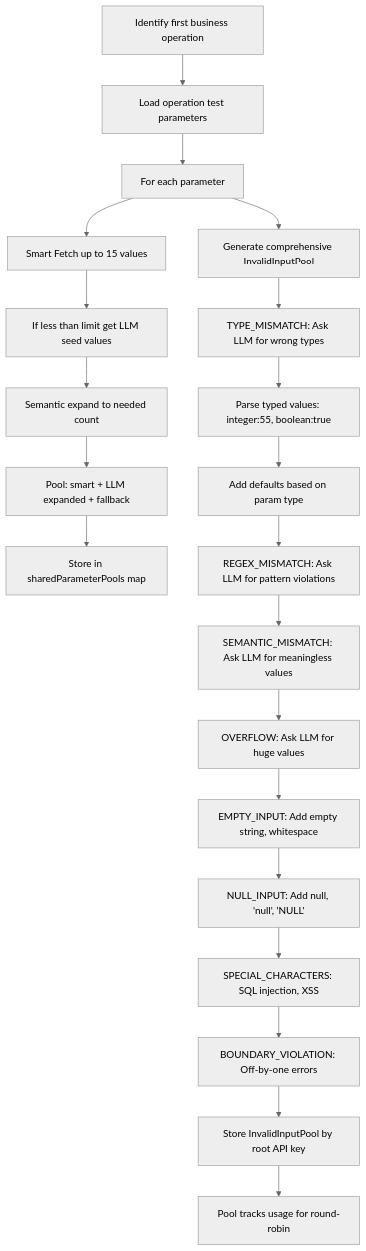
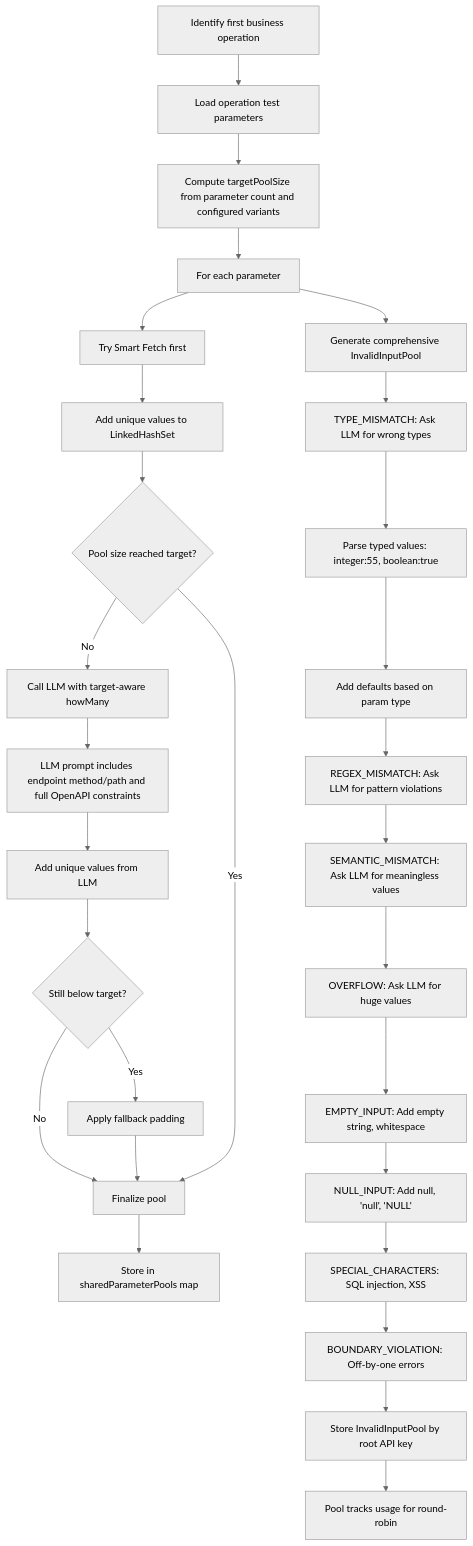
Before and after one commit to miaoti/Rest: the tenth of 23 diagrams in src/main/resources/My-Example/trainticket/flow.md, drawn with Mermaid (neutral theme). The commit also changed other lines of this file and 638 other files, not shown here.

````diff
--- a/src/main/resources/My-Example/trainticket/flow.md
+++ b/src/main/resources/My-Example/trainticket/flow.md
@@ -137,24 +497,32 @@
 ```mermaid
 flowchart TD
     A[Identify first business operation] --> B[Load operation test parameters]
-    B --> C[For each parameter]
-    C --> D[Smart Fetch up to 15 values]
-    D --> E[If less than limit get LLM seed values]
-    E --> F[Semantic expand to needed count]
-    F --> G[Pool: smart + LLM expanded + fallback]
-    G --> G1[Store in sharedParameterPools map]
+    B --> B1[Compute targetPoolSize from parameter count and configured variants]
+    B1 --> C[For each parameter]
+    C --> D[Try Smart Fetch first]
+    D --> E[Add unique values to LinkedHashSet]
+    E --> F{Pool size reached target?}
+    F -->|No| G[Call LLM with target-aware howMany]
+    G --> H[LLM prompt includes endpoint method/path and full OpenAPI constraints]
+    H --> I[Add unique values from LLM]
+    I --> J{Still below target?}
+    J -->|Yes| K[Apply fallback padding]
+    J -->|No| L[Finalize pool]
+    K --> L
+    F -->|Yes| L
+    L --> G1[Store in sharedParameterPools map]
     
-    C --> H[Generate comprehensive InvalidInputPool]
-    H --> I1[TYPE_MISMATCH: Ask LLM for wrong types]
-    I1 --> I2[Parse typed values: integer:55, boolean:true]
-    I2 --> I3[Add defaults based on param type]
-    I3 --> I4[REGEX_MISMATCH: Ask LLM for pattern violations]
-    I4 --> I5[SEMANTIC_MISMATCH: Ask LLM for meaningless values]
-    I5 --> I6[OVERFLOW: Ask LLM for huge values]
-    I6 --> I7[EMPTY_INPUT: Add empty string, whitespace]
-    I7 --> I8[NULL_INPUT: Add null, 'null', 'NULL']
-    I8 --> I9[SPECIAL_CHARACTERS: SQL injection, XSS]
-    I9 --> I10[BOUNDARY_VIOLATION: Off-by-one errors]
-    I10 --> J[Store InvalidInputPool by root API key]
-    J --> K[Pool tracks usage for round-robin]
+    C --> N0[Generate comprehensive InvalidInputPool]
+    N0 --> N1[TYPE_MISMATCH: Ask LLM for wrong types]
+    N1 --> N2[Parse typed values: integer:55, boolean:true]
+    N2 --> N3[Add defaults based on param type]
+    N3 --> N4[REGEX_MISMATCH: Ask LLM for pattern violations]
+    N4 --> N5[SEMANTIC_MISMATCH: Ask LLM for meaningless values]
+    N5 --> N6[OVERFLOW: Ask LLM for huge values]
+    N6 --> N7[EMPTY_INPUT: Add empty string, whitespace]
+    N7 --> N8[NULL_INPUT: Add null, 'null', 'NULL']
+    N8 --> N9[SPECIAL_CHARACTERS: SQL injection, XSS]
+    N9 --> N10[BOUNDARY_VIOLATION: Off-by-one errors]
+    N10 --> N11[Store InvalidInputPool by root API key]
+    N11 --> N12[Pool tracks usage for round-robin]
 ```
````
